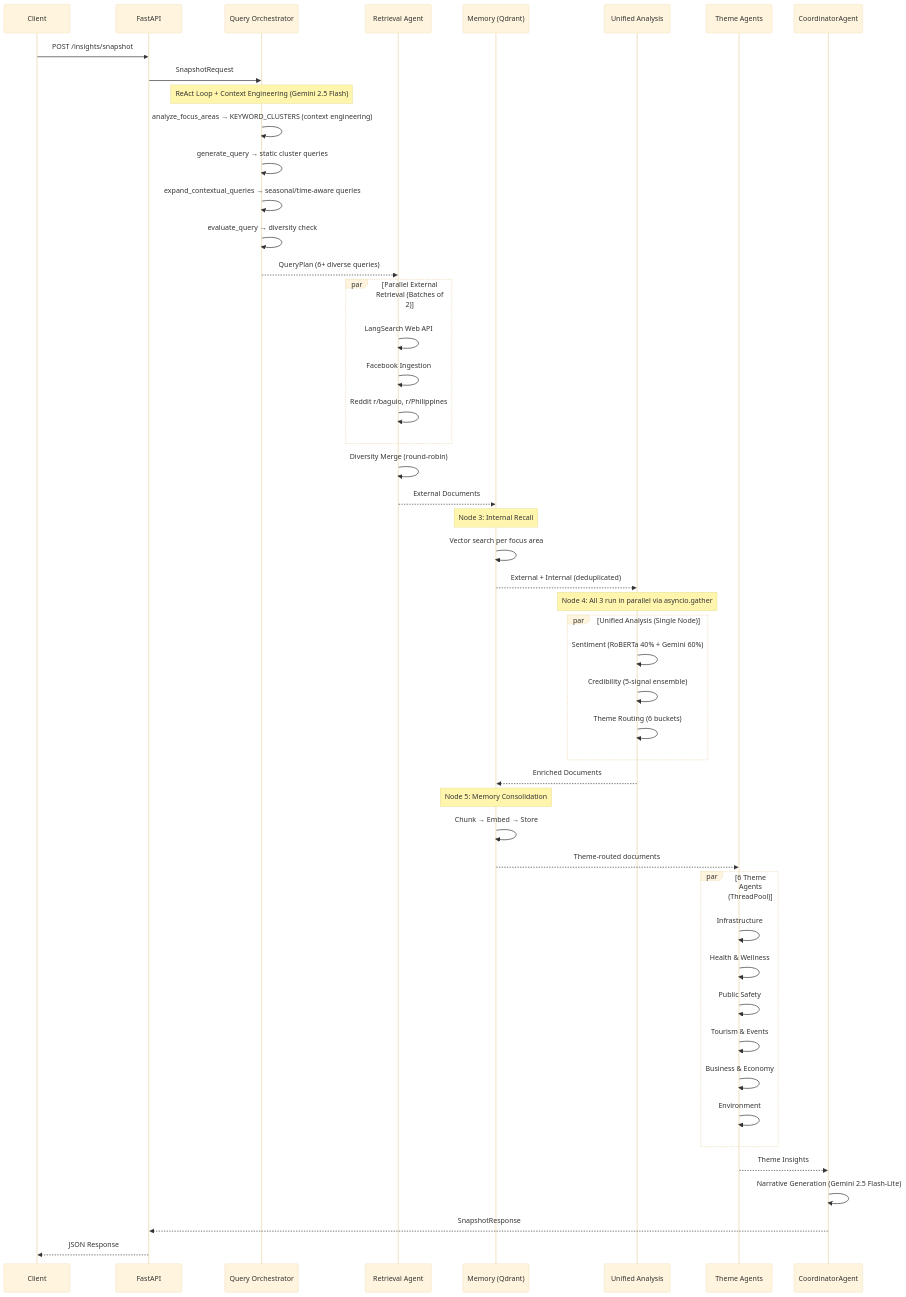
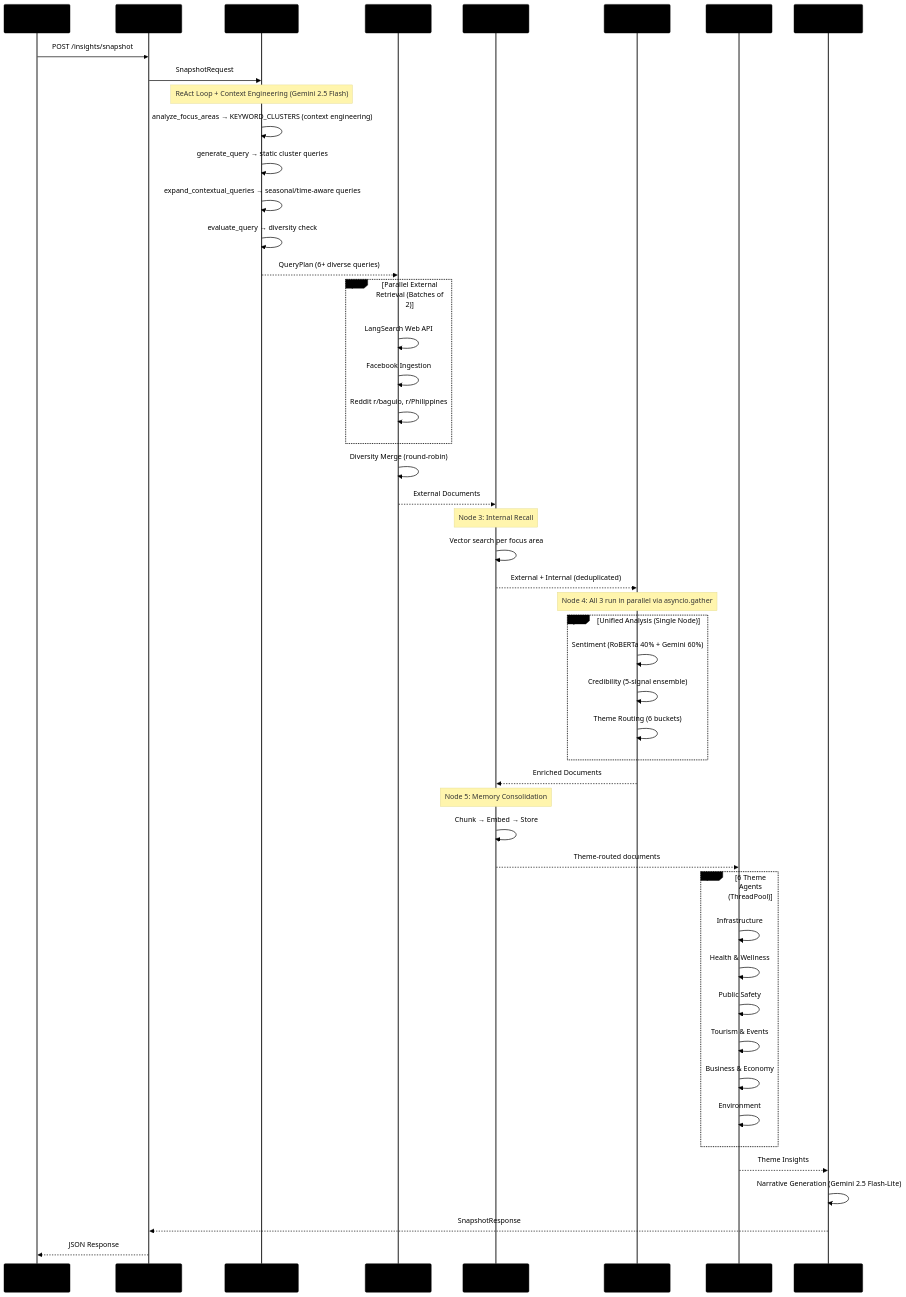
The second of 8 diagrams in docs/ARCHITECTURE.md (donyelqt/Hinaing), drawn with Mermaid before and after one commit. The commit also changed other lines of this file, not shown here.

First line of the commit message:
docs(architecture): add explicit color theme configurations to Mermaid diagrams

````diff
--- a/docs/ARCHITECTURE.md
+++ b/docs/ARCHITECTURE.md
@@ -231,63 +236,68 @@
 ```mermaid
 %%{init: {'theme': 'base', 'themeVariables': {
+  'primaryColor': '#000000',
+  'primaryTextColor': '#000000',
+  'secondaryColor': '#000000',
   'primaryFontSize': '14px',
-  'secondaryFontSize': '12px'
+  'secondaryFontSize': '12px',
+  'actorBackgroundColor': '#ffffff',
+  'actorBorderColor': '#000000'
  }}}%%
 sequenceDiagram
     participant Client
     participant API as FastAPI
     participant QO as Query Orchestrator
     participant RA as Retrieval Agent
     participant MEM as Memory (Qdrant)
     participant ANALYZE as Unified Analysis
     participant TA as Theme Agents
     participant GC as CoordinatorAgent
 
     Client->>API: POST /insights/snapshot
     API->>QO: SnapshotRequest
     
     Note over QO: ReAct Loop + Context Engineering (Gemini 2.5 Flash)
     QO->>QO: analyze_focus_areas → KEYWORD_CLUSTERS (context engineering)
     QO->>QO: generate_query → static cluster queries
     QO->>QO: expand_contextual_queries → seasonal/time-aware queries
     QO->>QO: evaluate_query → diversity check
     QO-->>RA: QueryPlan (6+ diverse queries)
 
     par Parallel External Retrieval (Batches of 2)
         RA->>RA: LangSearch Web API
         RA->>RA: Facebook Ingestion
         RA->>RA: Reddit r/baguio, r/Philippines
     end
     RA->>RA: Diversity Merge (round-robin)
     RA-->>MEM: External Documents
 
     Note over MEM: Node 3: Internal Recall
     MEM->>MEM: Vector search per focus area
     MEM-->>ANALYZE: External + Internal (deduplicated)
 
     Note over ANALYZE: Node 4: All 3 run in parallel via asyncio.gather
     par Unified Analysis (Single Node)
         ANALYZE->>ANALYZE: Sentiment (RoBERTa 40% + Gemini 60%)
         ANALYZE->>ANALYZE: Credibility (5-signal ensemble)
         ANALYZE->>ANALYZE: Theme Routing (6 buckets)
     end
     ANALYZE-->>MEM: Enriched Documents
 
     Note over MEM: Node 5: Memory Consolidation
     MEM->>MEM: Chunk → Embed → Store
     MEM-->>TA: Theme-routed documents
 
     par 6 Theme Agents (ThreadPool)
         TA->>TA: Infrastructure
         TA->>TA: Health & Wellness
         TA->>TA: Public Safety
         TA->>TA: Tourism & Events
         TA->>TA: Business & Economy
         TA->>TA: Environment
     end
     TA-->>GC: Theme Insights
 
     GC->>GC: Narrative Generation (Gemini 2.5 Flash-Lite)
     GC-->>API: SnapshotResponse
     API-->>Client: JSON Response
 ```
````
